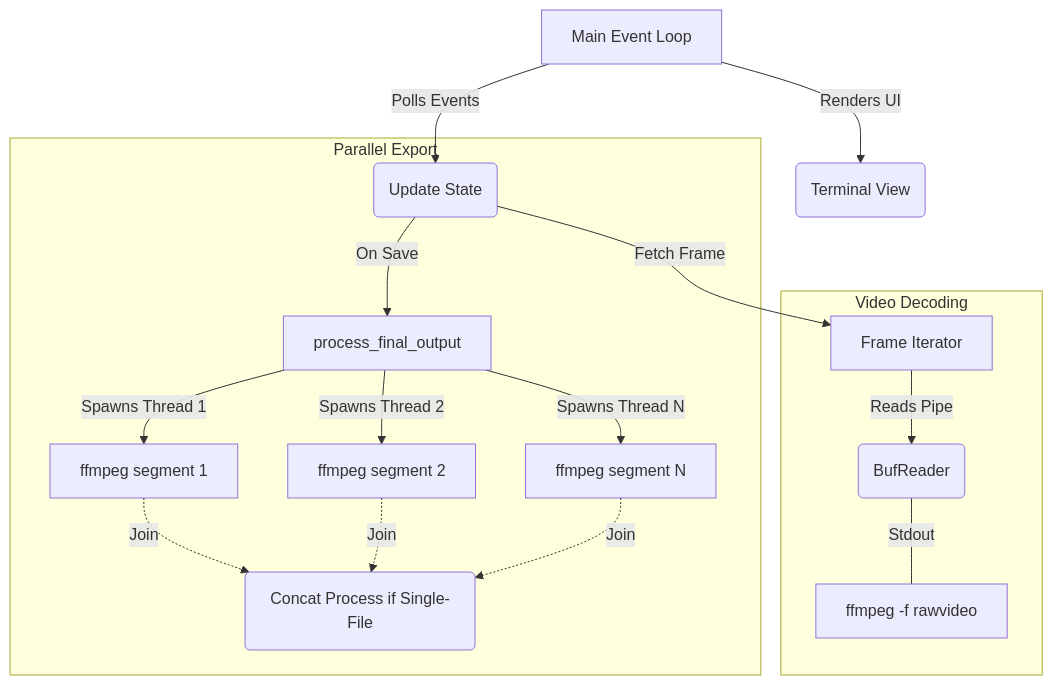
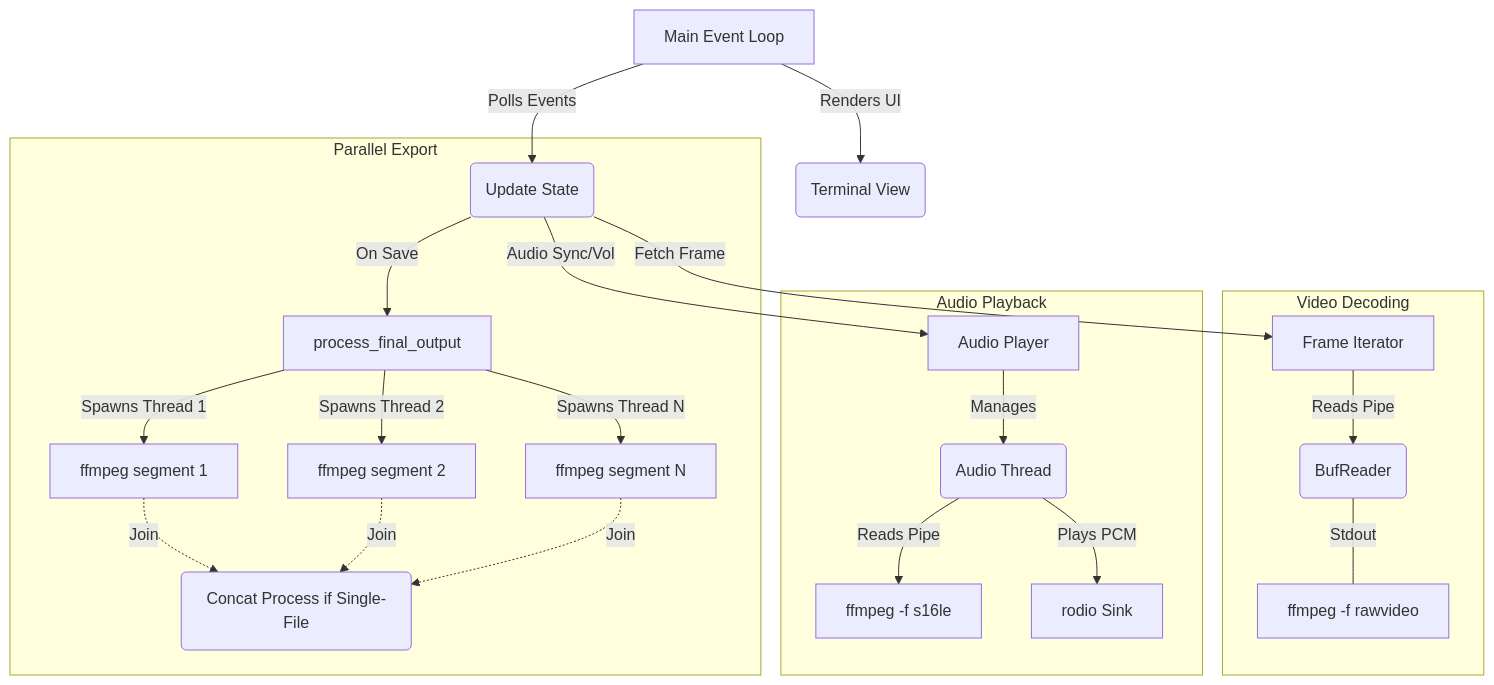
The diagram in README.md (pbossev/rve), drawn with Mermaid before and after one commit. The commit also changed other lines of this file and 10 other files, not shown here.

````diff
--- a/README.md
+++ b/README.md
@@ -135,22 +137,29 @@
 ```mermaid
 graph TD
     A[Main Event Loop] -->|Polls Events| B(Update State)
     B -->|Fetch Frame| C[Frame Iterator]
+    B -->|Audio Sync/Vol| L[Audio Player]
 
     subgraph Video Decoding
         C -->|Reads Pipe| D(BufReader)
         D ---|Stdout| E[ffmpeg -f rawvideo]
+    end
+
+    subgraph Audio Playback
+        L -->|Manages| M(Audio Thread)
+        M -->|Reads Pipe| N[ffmpeg -f s16le]
+        M -->|Plays PCM| O[rodio Sink]
     end
 
     A -->|Renders UI| F(Terminal View)
 
     subgraph Parallel Export
         B -->|On Save| G[process_final_output]
         G -->|Spawns Thread 1| H[ffmpeg segment 1]
         G -->|Spawns Thread 2| I[ffmpeg segment 2]
         G -->|Spawns Thread N| J[ffmpeg segment N]
         H -.->|Join| K(Concat Process if Single-File)
         I -.->|Join| K
         J -.->|Join| K
     end
 ```
````
